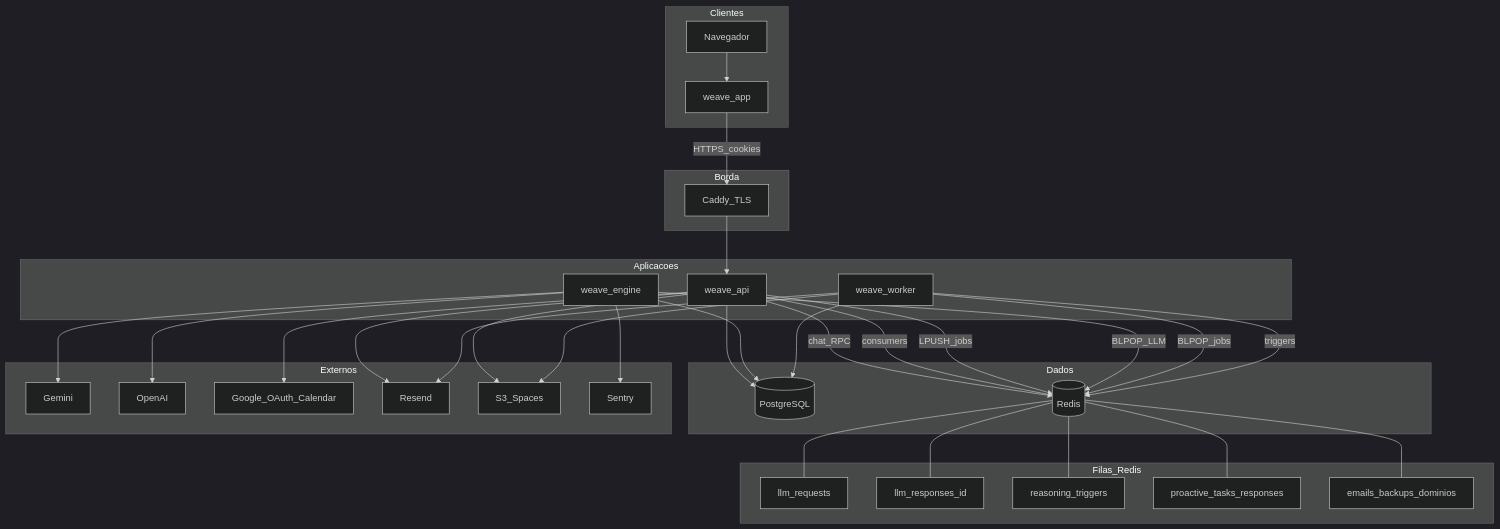
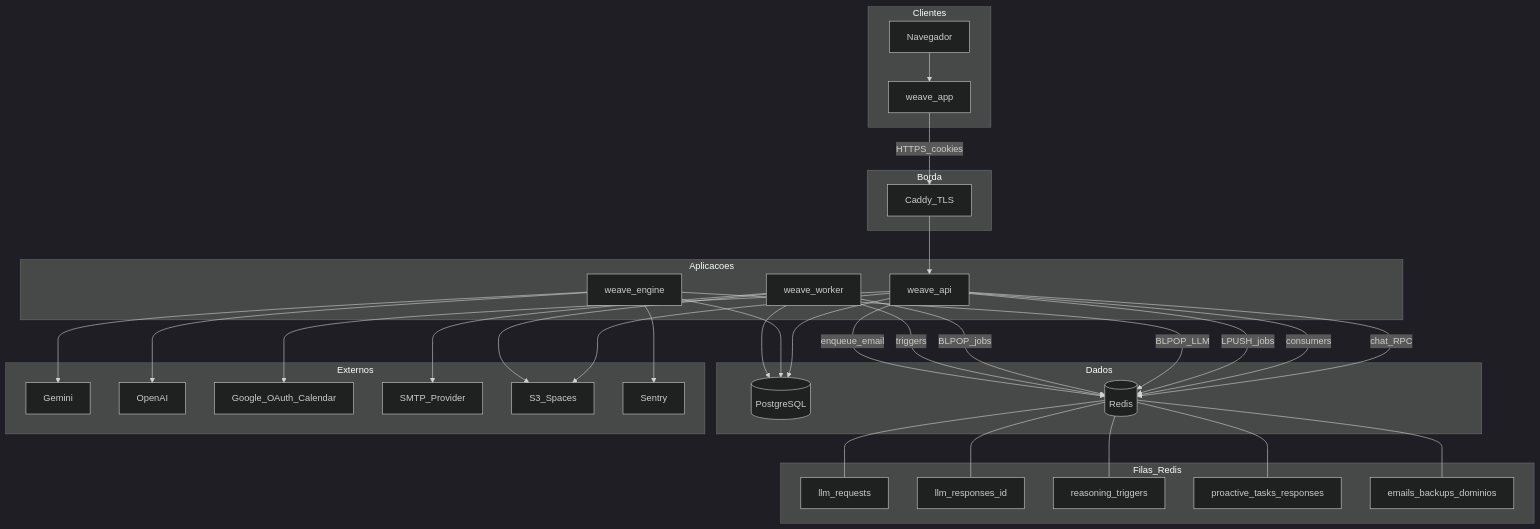
Before and after one commit to eugaelgomes/weave: the first of 2 diagrams in ARCHITECTURE.md, drawn with Mermaid (dark theme). The commit also changed 34 other files, not shown here.

Commit message:
feat(auth): add email code flow and SMTP delivery

````diff
--- a/ARCHITECTURE.md
+++ b/ARCHITECTURE.md
@@ -5,59 +5,59 @@
 ```mermaid
 flowchart TB
   subgraph clientes [Clientes]
     Browser[Navegador]
     Next[weave_app]
   end
   subgraph borda [Borda]
     Caddy[Caddy_TLS]
   end
   subgraph apps [Aplicacoes]
     API[weave_api]
     Engine[weave_engine]
     Worker[weave_worker]
   end
   subgraph dados [Dados]
     PG[(PostgreSQL)]
     Redis[(Redis)]
   end
   subgraph filas [Filas_Redis]
     F1[llm_requests]
     F2[llm_responses_id]
     F3[reasoning_triggers]
     F4[proactive_tasks_responses]
     F5[emails_backups_dominios]
   end
   subgraph externos [Externos]
     Gemini[Gemini]
     OpenAI[OpenAI]
     Google[Google_OAuth_Calendar]
-    Resend[Resend]
+    SMTP[SMTP_Provider]
     S3[S3_Spaces]
     Sentry[Sentry]
   end
   Browser --> Next
   Next -->|HTTPS_cookies| Caddy
   Caddy --> API
   API --> PG
   API -->|chat_RPC| Redis
   API -->|consumers| Redis
   API -->|LPUSH_jobs| Redis
   Engine -->|BLPOP_LLM| Redis
   Engine --> PG
   Worker -->|BLPOP_jobs| Redis
   Worker -->|triggers| Redis
   Worker --> PG
   Redis --- F1
   Redis --- F2
   Redis --- F3
   Redis --- F4
   Redis --- F5
   Engine --> Gemini
   Engine --> OpenAI
   API --> Google
-  API --> Resend
+  API -->|enqueue_email| Redis
   API --> S3
-  Worker --> Resend
+  Worker --> SMTP
   Worker --> S3
   Engine --> Sentry
 ```
````
